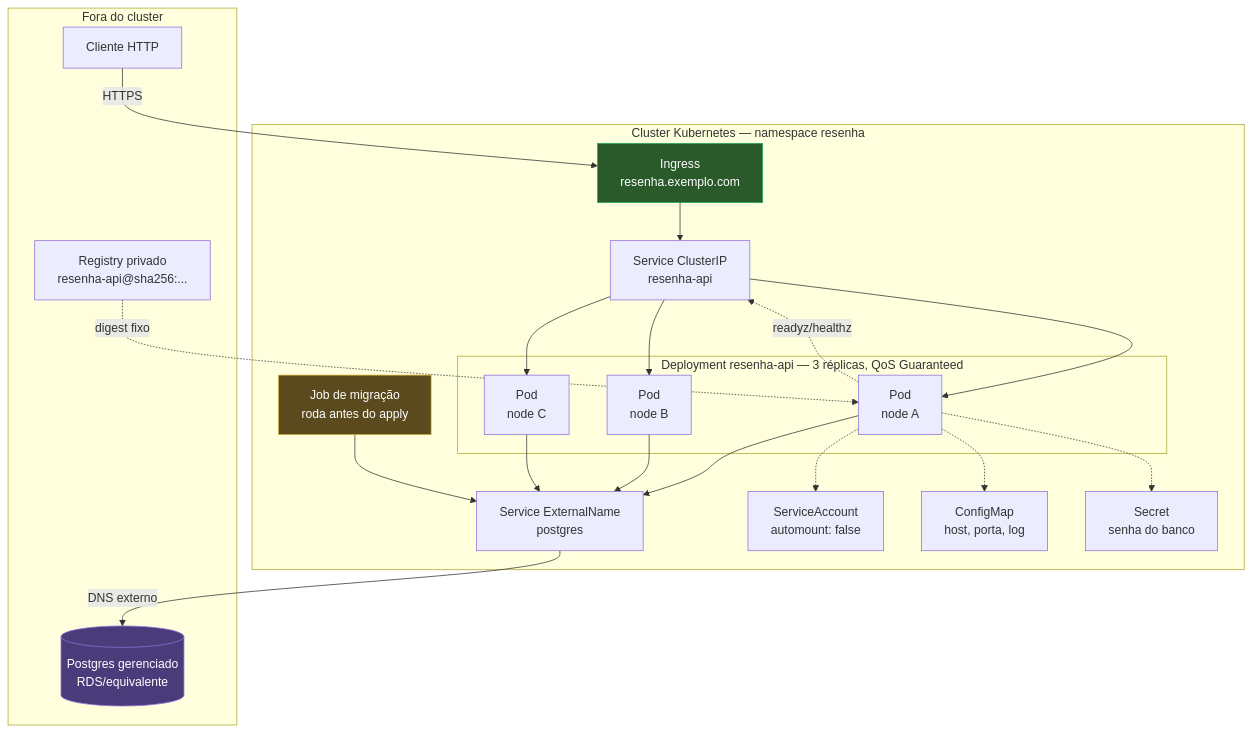
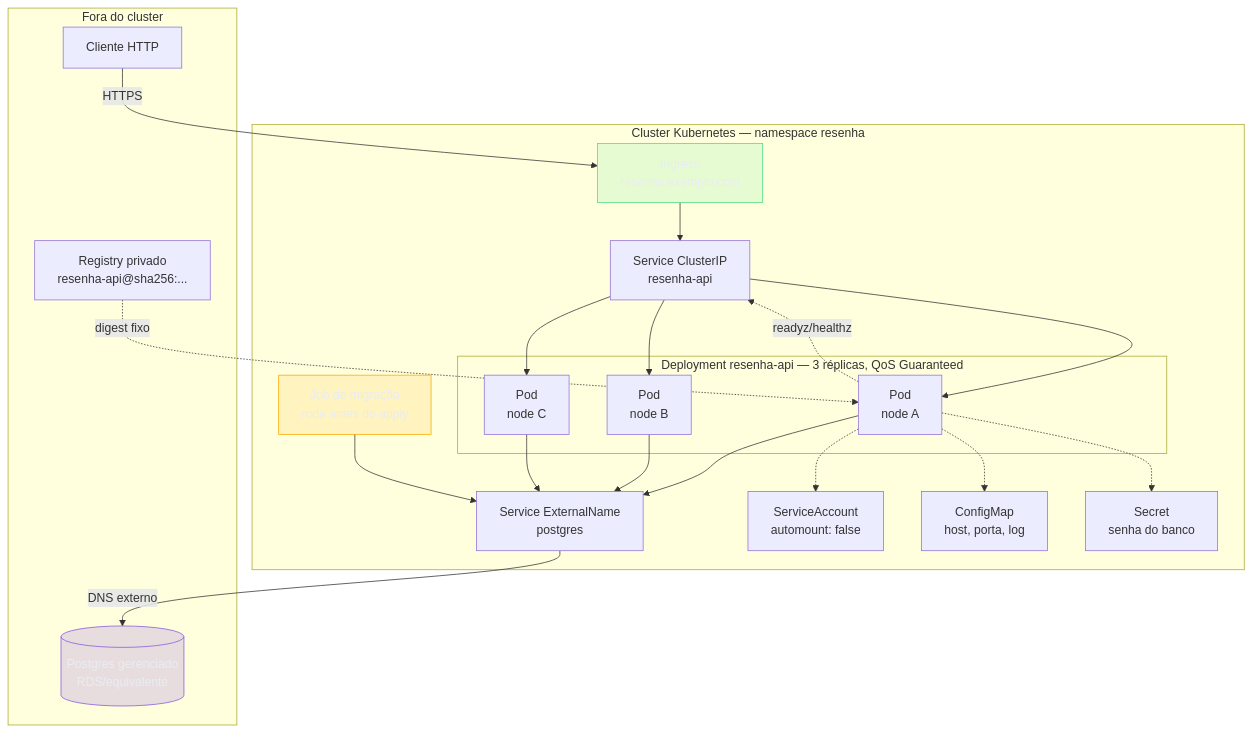
The second of 2 diagrams in 03-Dominios/Tecnologia/Infraestrutura/Kubernetes/22 - Capstone - do zero ao cluster.md (josenaldo/codex-technomanticus), drawn with Mermaid before and after one commit. The commit also changed other lines of this file and 1181 other files, not shown here.

First line of the commit message:
fix(diagramas): paleta do sistema no lugar de cor cravada no markdown

````diff
--- a/03-Dominios/Tecnologia/Infraestrutura/Kubernetes/22 - Capstone - do zero ao cluster.md
+++ b/03-Dominios/Tecnologia/Infraestrutura/Kubernetes/22 - Capstone - do zero ao cluster.md
@@ -471,45 +472,48 @@
 ```mermaid
 graph TB
+    classDef marca fill:#8855DF33,stroke:#8855DF,color:#E9ECF2
+    classDef ok fill:#4ADE8021,stroke:#4ADE80,color:#E9ECF2
+    classDef destaque fill:#FFAA0024,stroke:#FFAA00,color:#E9ECF2
     subgraph "Fora do cluster"
         PG[("Postgres gerenciado<br/>RDS/equivalente")]
         USR["Cliente HTTP"]
         REG["Registry privado<br/>resenha-api@sha256:..."]
     end
 
     subgraph "Cluster Kubernetes — namespace resenha"
         ING["Ingress<br/>resenha.exemplo.com"]
         SVC["Service ClusterIP<br/>resenha-api"]
         EXT["Service ExternalName<br/>postgres"]
 
         subgraph "Deployment resenha-api — 3 réplicas, QoS Guaranteed"
             P1["Pod<br/>node A"]
             P2["Pod<br/>node B"]
             P3["Pod<br/>node C"]
         end
 
         SA["ServiceAccount<br/>automount: false"]
         CM["ConfigMap<br/>host, porta, log"]
         SEC["Secret<br/>senha do banco"]
         JOB["Job de migração<br/>roda antes do apply"]
     end
 
     USR -->|"HTTPS"| ING
     ING --> SVC
     SVC --> P1
     SVC --> P2
     SVC --> P3
     P1 -.->|"readyz/healthz"| SVC
     P1 --> EXT
     P2 --> EXT
     P3 --> EXT
     EXT -->|"DNS externo"| PG
     JOB --> EXT
     P1 -.-> CM
     P1 -.-> SEC
     P1 -.-> SA
     REG -.->|"digest fixo"| P1
 
-    style PG fill:#4a3b7a,stroke:#8e6fd6,color:#fff
-    style ING fill:#2a5a2a,stroke:#27ae60,color:#fff
-    style JOB fill:#5a4a1e,stroke:#c9a227,color:#fff
+    class PG marca
+    class ING ok
+    class JOB destaque
 ```
````
